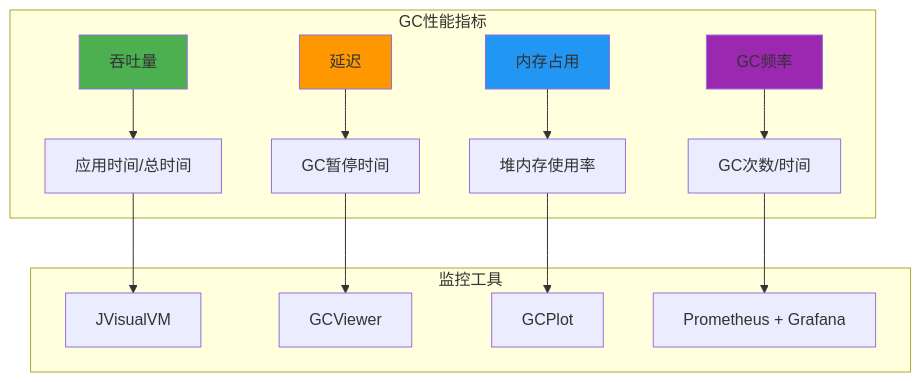
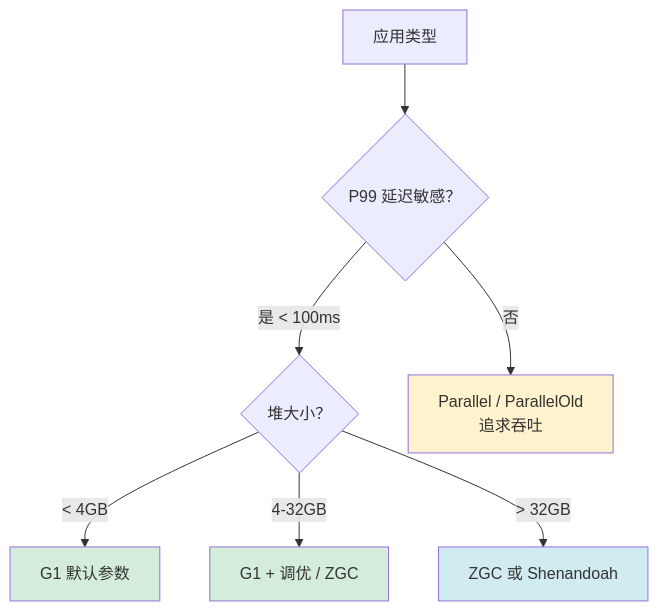
One commit to chongyang211/YCBookBlog changed the ninth of 9 diagrams in 00.通用技术的提升/02.程序编程原理/04.第4卷-内存的真相/33.内存回收机制设计.md. Above: the diagram before and after it, drawn with Mermaid. The commit also changed other lines of this file and 1 other file, not shown here.

````diff
--- a/00.通用技术的提升/02.程序编程原理/04.第4卷-内存的真相/33.内存回收机制设计.md
+++ b/00.通用技术的提升/02.程序编程原理/04.第4卷-内存的真相/33.内存回收机制设计.md
@@ -816,26 +950,15 @@
 ```mermaid
-graph TD
-    subgraph "GC性能指标"
-        A[吞吐量] --> A1[应用时间/总时间]
-        B[延迟] --> B1[GC暂停时间]
-        C[内存占用] --> C1[堆内存使用率]
-        D[GC频率] --> D1[GC次数/时间]
-    end
+flowchart TD
+    A[应用类型] --> B{P99 延迟敏感？}
+    B -->|是 < 100ms| C{堆大小？}
+    B -->|否| D[Parallel / ParallelOld<br/>追求吞吐]
     
-    subgraph "监控工具"
-        E[JVisualVM]
-        F[GCViewer]
-        G[GCPlot]
-        H[Prometheus + Grafana]
-    end
+    C -->|< 4GB| E[G1 默认参数]
+    C -->|4-32GB| F[G1 + 调优 / ZGC]
+    C -->|> 32GB| G[ZGC 或 Shenandoah]
     
-    A1 --> E
-    B1 --> F
-    C1 --> G
-    D1 --> H
-    
-    style A fill:#4caf50
-    style B fill:#ff9800
-    style C fill:#2196f3
-    style D fill:#9c27b0
+    style D fill:#fff3cd
+    style E fill:#d4edda
+    style F fill:#d4edda
+    style G fill:#d1ecf1
 ```
````
